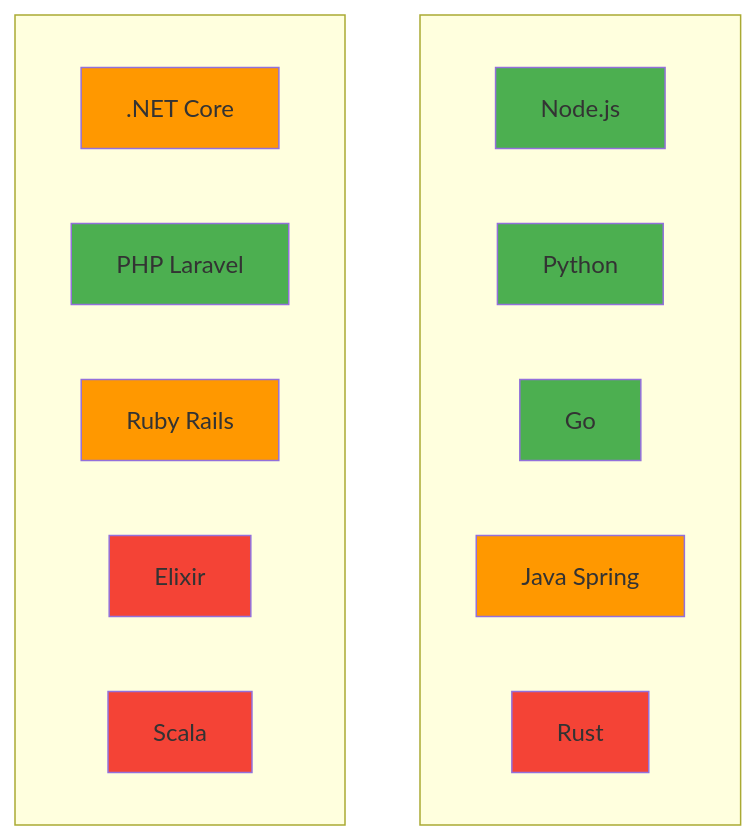
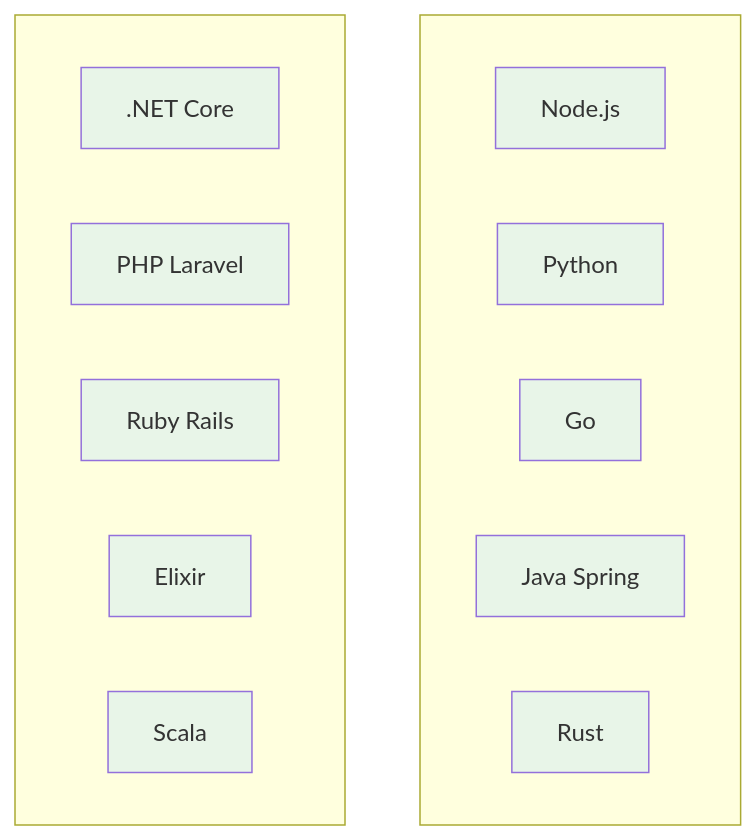
The third of 10 diagrams in theory/week_04/day1/challenge_2.md (niceguy61/kdt_devops_lecture_2025), drawn with Mermaid before and after one commit. The commit also changed other lines of this file, not shown here.

````diff
--- a/theory/week_04/day1/challenge_2.md
+++ b/theory/week_04/day1/challenge_2.md
@@ -197,29 +197,29 @@
 ```mermaid
 graph TB
     subgraph col1[" "]
         A[Node.js]
         B[Python]
         C[Go]
         D[Java Spring]
         E[Rust]
     end
     
     subgraph col2[" "]
         F[.NET Core]
         G[PHP Laravel]
         H[Ruby Rails]
         I[Elixir]
         J[Scala]
     end
     
-    style A fill:#4caf50
-    style B fill:#4caf50
-    style C fill:#4caf50
-    style D fill:#ff9800
-    style E fill:#f44336
-    style F fill:#ff9800
-    style G fill:#4caf50
-    style H fill:#ff9800
-    style I fill:#f44336
-    style J fill:#f44336
+    style A fill:#e8f5e8
+    style B fill:#e8f5e8
+    style C fill:#e8f5e8
+    style D fill:#e8f5e8
+    style E fill:#e8f5e8
+    style F fill:#e8f5e8
+    style G fill:#e8f5e8
+    style H fill:#e8f5e8
+    style I fill:#e8f5e8
+    style J fill:#e8f5e8
 ```
````
